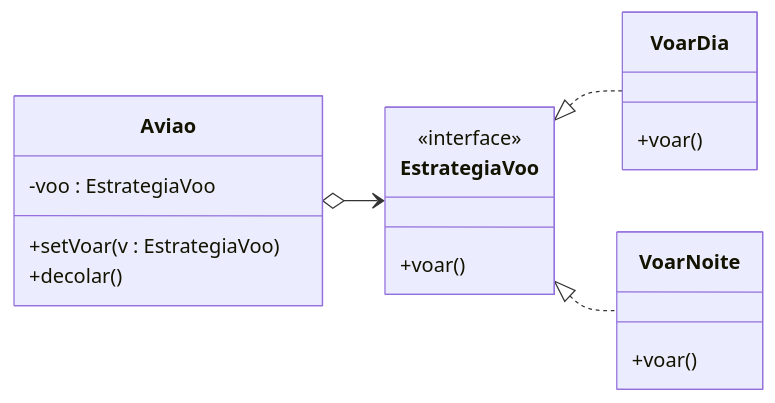
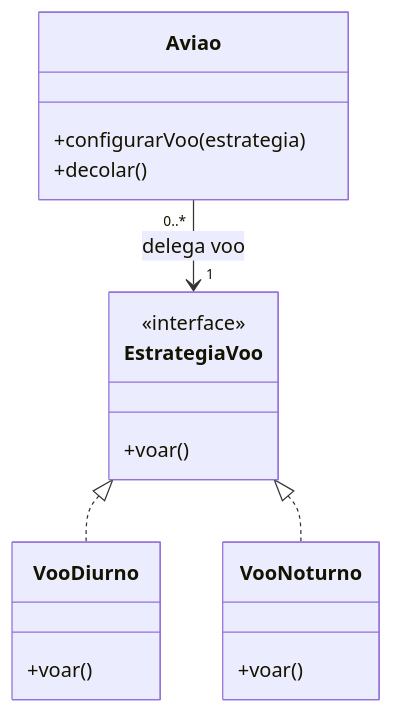
One commit to pedrotescaro/Stacklyst changed the first of 2 diagrams in content/enade/poo/padroes-de-projeto.md. Above: the diagram before and after it, drawn with Mermaid. The commit also changed other lines of this file and 84 other files, not shown here.

Commit message:
feat(enade): redraw study library diagrams

````diff
--- a/content/enade/poo/padroes-de-projeto.md
+++ b/content/enade/poo/padroes-de-projeto.md
@@ -107,18 +107,21 @@
-```mermaid Estrutura do padrão Strategy
+```mermaid Strategy para modos de voo
 classDiagram
-  direction LR
+  direction TB
   class Aviao {
-    -voo : EstrategiaVoo
-    +setVoar(v : EstrategiaVoo)
+    +configurarVoo(estrategia)
     +decolar()
   }
   class EstrategiaVoo {
     <<interface>>
     +voar()
   }
-  class VoarDia { +voar() }
-  class VoarNoite { +voar() }
-  Aviao o--> EstrategiaVoo
-  EstrategiaVoo <|.. VoarDia
-  EstrategiaVoo <|.. VoarNoite
+  class VooDiurno {
+    +voar()
+  }
+  class VooNoturno {
+    +voar()
+  }
+  Aviao "0..*" --> "1" EstrategiaVoo : delega voo
+  EstrategiaVoo <|.. VooDiurno
+  EstrategiaVoo <|.. VooNoturno
 ```
````
